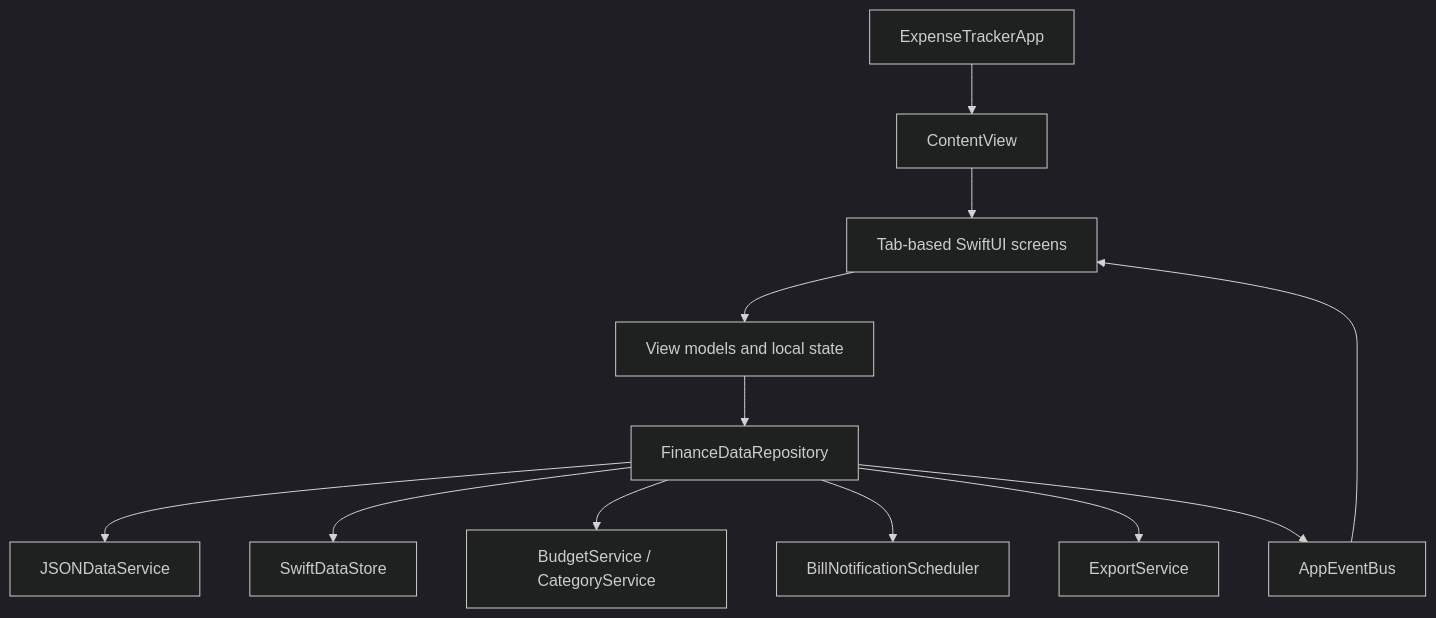
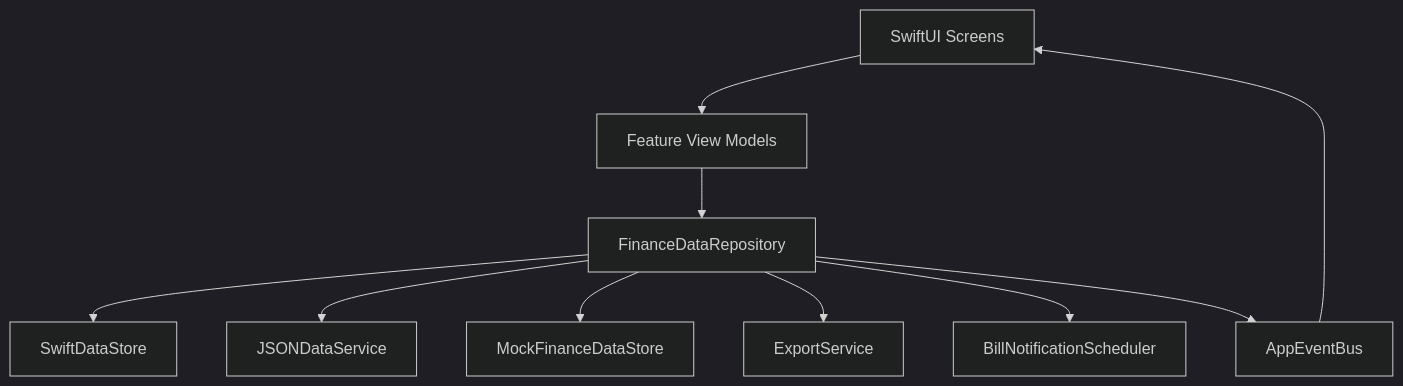
The second of 2 diagrams in README.md (Ashish-Langhe/Fintrax), drawn with Mermaid (dark theme) before and after one commit. The commit also changed other lines of this file, not shown here.

````diff
--- a/README.md
+++ b/README.md
@@ -109,14 +231,12 @@
 ```mermaid
 flowchart TD
-    A["ExpenseTrackerApp"] --> B["ContentView"]
-    B --> C["Tab-based SwiftUI screens"]
-    C --> D["View models and local state"]
-    D --> E["FinanceDataRepository"]
-    E --> F["JSONDataService"]
-    E --> G["SwiftDataStore"]
-    E --> H["BudgetService / CategoryService"]
-    E --> I["BillNotificationScheduler"]
-    E --> J["ExportService"]
-    E --> K["AppEventBus"]
-    K --> C
+    A["SwiftUI Screens"] --> B["Feature View Models"]
+    B --> C["FinanceDataRepository"]
+    C --> D["SwiftDataStore"]
+    C --> E["JSONDataService"]
+    C --> F["MockFinanceDataStore"]
+    C --> G["ExportService"]
+    C --> H["BillNotificationScheduler"]
+    C --> I["AppEventBus"]
+    I --> A
 ```
````
